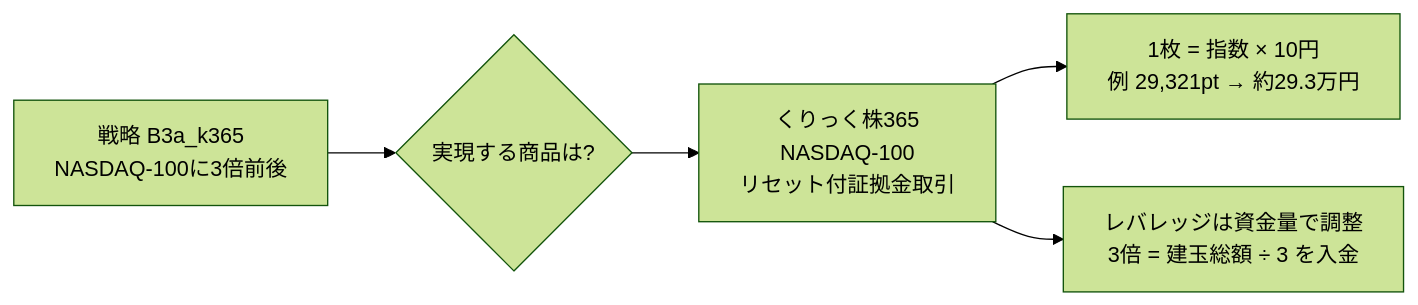
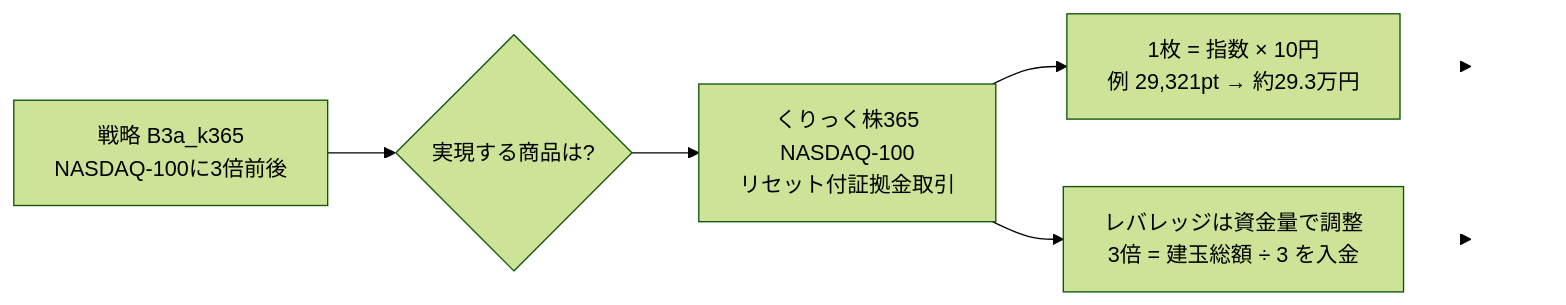
One commit to KazuyaMurayama/NASDAQ_backtest changed the first of 6 diagrams in SBI_KABU365_NASDAQ_GUIDE_20260624.md. Above: the diagram before and after it, drawn with Mermaid (forest theme). The commit also changed other lines of this file and 1 other file, not shown here.

First line of the commit message:
fix(guide): Mermaid右上ズームUIの文字被りを透明スペーサーで回避＋可視化ルールに恒久対策を明文化

````diff
--- a/SBI_KABU365_NASDAQ_GUIDE_20260624.md
+++ b/SBI_KABU365_NASDAQ_GUIDE_20260624.md
@@ -103,7 +103,12 @@
 ```mermaid
 flowchart LR
     A["戦略 B3a_k365<br/>NASDAQ-100に3倍前後"] --> B{"実現する商品は?"}
     B --> C["くりっく株365<br/>NASDAQ-100<br/>リセット付証拠金取引"]
     C --> D["1枚 = 指数 × 10円<br/>例 29,321pt → 約29.3万円"]
     C --> E["レバレッジは資金量で調整<br/>3倍 = 建玉総額 ÷ 3 を入金"]
+    D --> Z1["　　　　　　　　"]
+    E --> Z2["　　　　　　　　"]
+    linkStyle 4,5 stroke-width:0px
+    style Z1 fill:transparent,stroke:transparent,color:transparent
+    style Z2 fill:transparent,stroke:transparent,color:transparent
 ```
````
